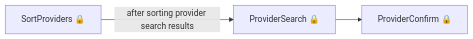
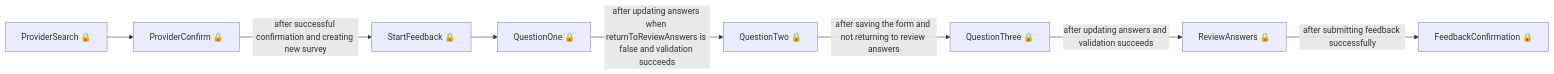
Before and after one commit to talentconsulting/atlas-dfe: the first of 4 diagrams in das-employer-feedback-web/user-journeys/user-journeys.md, drawn with Mermaid. The commit also changed other lines of this file and 22 other files, not shown here.

````diff
--- a/das-employer-feedback-web/user-journeys/user-journeys.md
+++ b/das-employer-feedback-web/user-journeys/user-journeys.md
@@ -9,5 +9,10 @@
 ```mermaid
 flowchart LR
-  p0["SortProviders 🔒"] -->|"after sorting provider search results"| p1["ProviderSearch 🔒"]
-  p1["ProviderSearch 🔒"] --> p2["ProviderConfirm 🔒"]
+  p0["ProviderSearch 🔒"] --> p1["ProviderConfirm 🔒"]
+  p1["ProviderConfirm 🔒"] -->|"after successful confirmation and creating new survey"| p2["StartFeedback 🔒"]
+  p2["StartFeedback 🔒"] --> p3["QuestionOne 🔒"]
+  p3["QuestionOne 🔒"] -->|"after updating answers when returnToReviewAnswers is false and validation succeeds"| p4["QuestionTwo 🔒"]
+  p4["QuestionTwo 🔒"] -->|"after saving the form and not returning to review answers"| p5["QuestionThree 🔒"]
+  p5["QuestionThree 🔒"] -->|"after updating answers and validation succeeds"| p6["ReviewAnswers 🔒"]
+  p6["ReviewAnswers 🔒"] -->|"after submitting feedback successfully"| p7["FeedbackConfirmation 🔒"]
 ```
````
